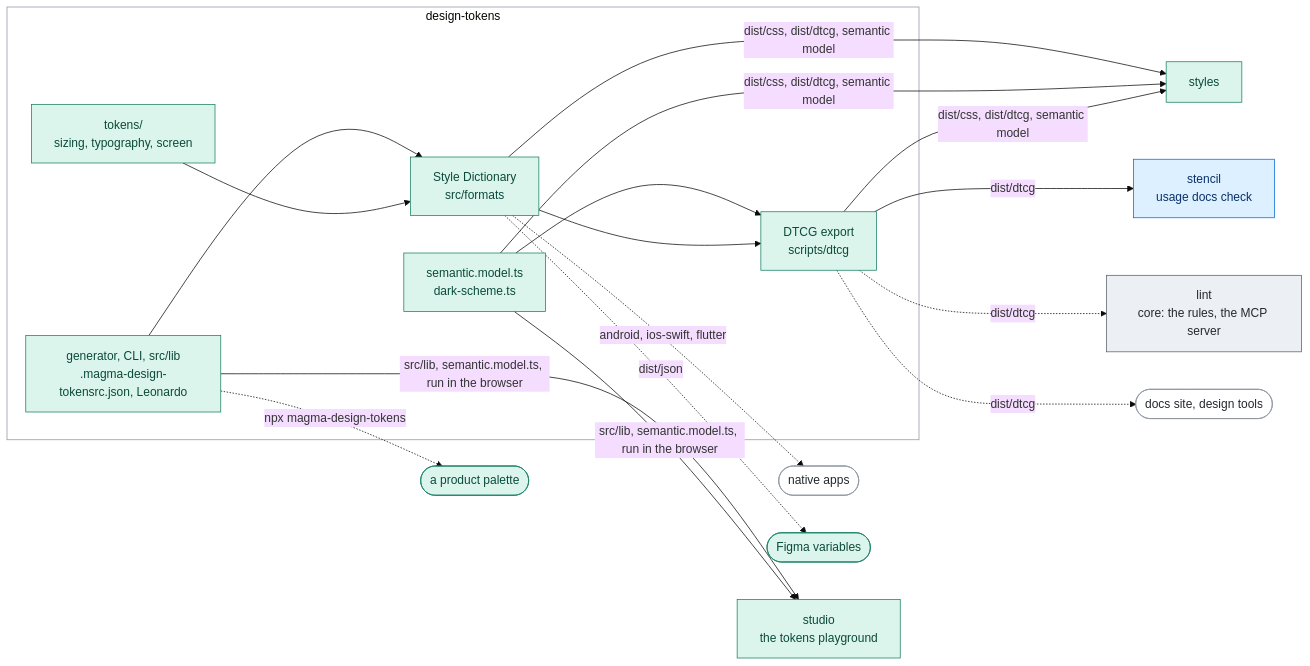
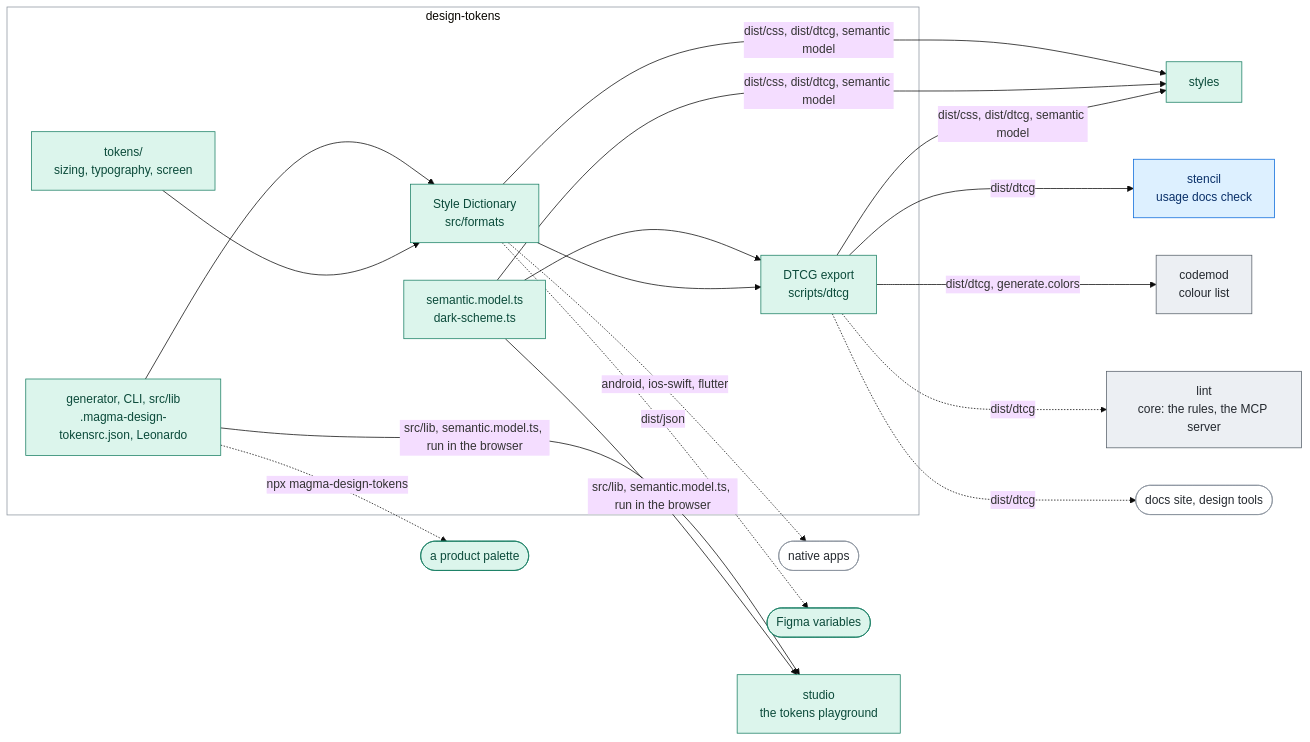
The diagram in projects/design-tokens/README.md (magma-design-system/magma), drawn with Mermaid (base theme) before and after one commit. The commit also changed 1 other file, not shown here.

Commit message:
docs(design-tokens,styles): draw the codemod among the readers of the DTCG sets
The codemod lists the custom properties typed color in the DTCG sets of both packages
(generate.colors), the names its Magma 3 colour rule rewrites: the two architecture diagrams
draw that arrow next to the other readers.

Refs #1297, refs #1292

````diff
--- a/projects/design-tokens/README.md
+++ b/projects/design-tokens/README.md
@@ -14,34 +14,35 @@
 ```mermaid
 flowchart LR
   subgraph dt["design-tokens"]
     GEN["generator, CLI, src/lib<br/>.magma-design-tokensrc.json, Leonardo"]
     TOK["tokens/<br/>sizing, typography, screen"]
     SD["Style Dictionary<br/>src/formats"]
     MODEL["semantic.model.ts<br/>dark-scheme.ts"]
     DTCG["DTCG export<br/>scripts/dtcg"]
     GEN --> SD
     TOK --> SD
     MODEL --> DTCG
     SD --> DTCG
   end
   SD & MODEL & DTCG -->|"dist/css, dist/dtcg, semantic model"| ST["styles"]
   DTCG -->|"dist/dtcg"| WC["stencil<br/>usage docs check"]
+  DTCG -->|"dist/dtcg, generate.colors"| CM["codemod<br/>colour list"]
   DTCG -.->|"dist/dtcg"| LINT["lint<br/>core: the rules, the MCP server"]
   DTCG -.->|"dist/dtcg"| DOCS(["docs site, design tools"])
   SD -.->|"android, ios-swift, flutter"| NATIVE(["native apps"])
   SD -.->|"dist/json"| FIGMA(["Figma variables"])
   GEN & MODEL -->|"src/lib, semantic.model.ts, run in the browser"| STU["studio<br/>the tokens playground"]
   GEN -.->|"npx magma-design-tokens"| PROD(["a product palette"])
-  class LINT tooling
+  class LINT,CM tooling
   class GEN,TOK,SD,MODEL,DTCG,ST,STU,FIGMA,PROD visual
   class WC components
   class DOCS,NATIVE outside
   class dt area
   classDef ai fill:#efe5ff,stroke:#8250df,color:#3e1f79
   classDef assets fill:#fff1d6,stroke:#bf8700,color:#5c3d00
   classDef visual fill:#dcf5ec,stroke:#1a7f64,color:#0b4a3a
   classDef components fill:#ddf0ff,stroke:#0969da,color:#0a3069
   classDef tooling fill:#eceff3,stroke:#57606a,color:#24292f
   classDef outside fill:#ffffff,stroke:#8c959f,color:#24292f
   classDef area fill:none,stroke:#8c959f
 ```
````
